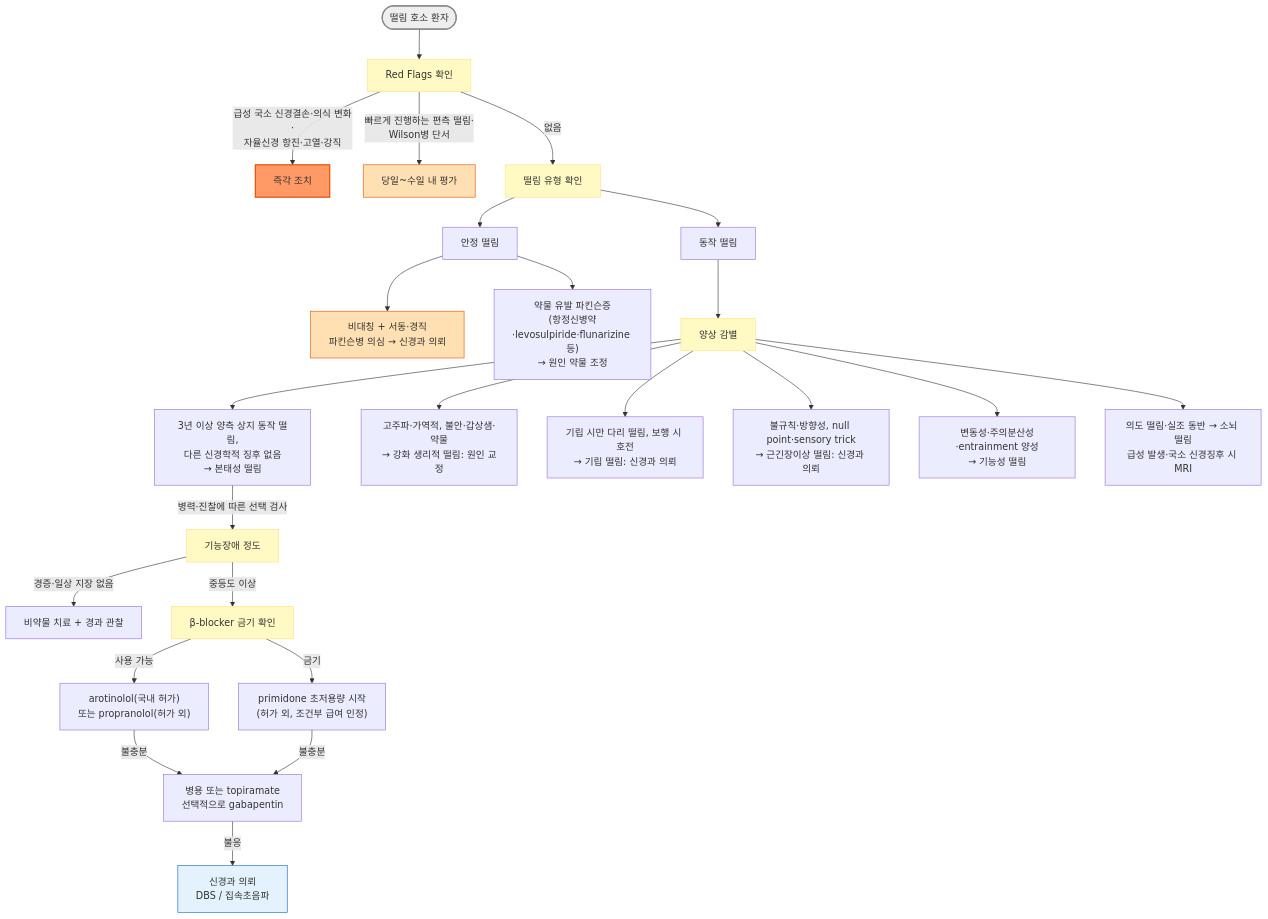
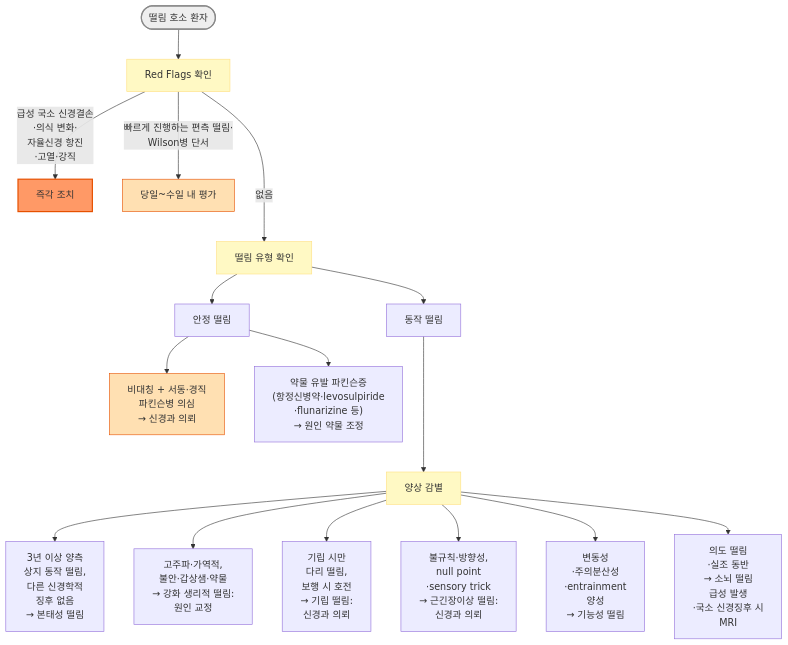
One commit to familyoh77/familyoh77 changed the first of 2 diagrams in 221_/034_-tremor.md. Above: the diagram before and after it, drawn with Mermaid. The commit also changed other lines of this file and 1 other file, not shown here.

````diff
--- a/221_/034_-tremor.md
+++ b/221_/034_-tremor.md
@@ -165,41 +124,26 @@
 ```mermaid
 flowchart TD
     A(["떨림 호소 환자"]) --> B["Red Flags 확인"]
-    B -- "급성 국소 신경결손·의식 변화·<br/>자율신경 항진·고열·강직" --> C["즉각 조치"]
+    B -- "급성 국소 신경결손<br/>·의식 변화·<br/>자율신경 항진<br/>·고열·강직" --> C["즉각 조치"]
     B -- "빠르게 진행하는 편측 떨림·<br/>Wilson병 단서" --> C2["당일~수일 내 평가"]
-    B -- "없음" --> D["떨림 유형 확인"]
-
+    B -- "없음" ---> D["떨림 유형 확인"]
     D --> E["안정 떨림"]
     D --> F["동작 떨림"]
-
-    E --> G["비대칭 + 서동·경직<br/>파킨슨병 의심 → 신경과 의뢰"]
-    E --> H["약물 유발 파킨슨증<br/>(항정신병약·levosulpiride·flunarizine 등)<br/>→ 원인 약물 조정"]
-
-    F --> I["양상 감별"]
-    I --> J["3년 이상 양측 상지 동작 떨림,<br/>다른 신경학적 징후 없음<br/>→ 본태성 떨림"]
-    I --> K["고주파·가역적, 불안·갑상샘·약물<br/>→ 강화 생리적 떨림: 원인 교정"]
-    I --> L["기립 시만 다리 떨림, 보행 시 호전<br/>→ 기립 떨림: 신경과 의뢰"]
-    I --> L2["불규칙·방향성, null point·sensory trick<br/>→ 근긴장이상 떨림: 신경과 의뢰"]
-    I --> M["변동성·주의분산성·entrainment 양성<br/>→ 기능성 떨림"]
-    I --> N["의도 떨림·실조 동반 → 소뇌 떨림<br/>급성 발생·국소 신경징후 시 MRI"]
-
-    J -- "병력·진찰에 따른 선택 검사" --> P["기능장애 정도"]
-    P -- "경증·일상 지장 없음" --> Q["비약물 치료 + 경과 관찰"]
-    P -- "중등도 이상" --> R["β-blocker 금기 확인"]
-    R -- "사용 가능" --> S["arotinolol(국내 허가)<br/>또는 propranolol(허가 외)"]
-    R -- "금기" --> T["primidone 초저용량 시작<br/>(허가 외, 조건부 급여 인정)"]
-    S -- "불충분" --> U["병용 또는 topiramate<br/>선택적으로 gabapentin"]
-    T -- "불충분" --> U
-    U -- "불응" --> V["신경과 의뢰<br/>DBS / 집속초음파"]
-
+    E --> G["비대칭 + 서동·경직<br/>파킨슨병 의심 <br/>→ 신경과 의뢰"]
+    E --> H["약물 유발 파킨슨증<br/>(항정신병약·levosulpiride<br/>·flunarizine 등)<br/>→ 원인 약물 조정"]
+    F ---> I["양상 감별"]
+    I --> J["3년 이상 양측 <br/>상지 동작 떨림,<br/>다른 신경학적 <br/>징후 없음<br/>→ 본태성 떨림"]
+    I --> K["고주파·가역적, <br/>불안·갑상샘·약물<br/>→ 강화 생리적 떨림: <br/>원인 교정"]
+    I --> L["기립 시만 <br/>다리 떨림, <br/>보행 시 호전<br/>→ 기립 떨림: <br/>신경과 의뢰"]
+    I --> L2["불규칙·방향성, <br/>null point<br/>·sensory trick<br/>→ 근긴장이상 떨림: <br/>신경과 의뢰"]
+    I --> M["변동성<br/>·주의분산성<br/>·entrainment <br/>양성<br/>→ 기능성 떨림"]
+    I --> N["의도 떨림<br/>·실조 동반<br/> → 소뇌 떨림<br/>급성 발생<br/>·국소 신경징후 시 <br/>MRI"]
+    
     style A fill:#eeeeee,stroke:#888888,stroke-width:2px
     style B fill:#fff9c4,stroke:#ffe082
     style D fill:#fff9c4,stroke:#ffe082
     style I fill:#fff9c4,stroke:#ffe082
-    style P fill:#fff9c4,stroke:#ffe082
-    style R fill:#fff9c4,stroke:#ffe082
     style C fill:#f96,stroke:#e65100,stroke-width:2px
     style C2 fill:#ffe0b2,stroke:#e65100
     style G fill:#ffe0b2,stroke:#e65100
-    style V fill:#e3f2fd,stroke:#1565c0
 ```
````
